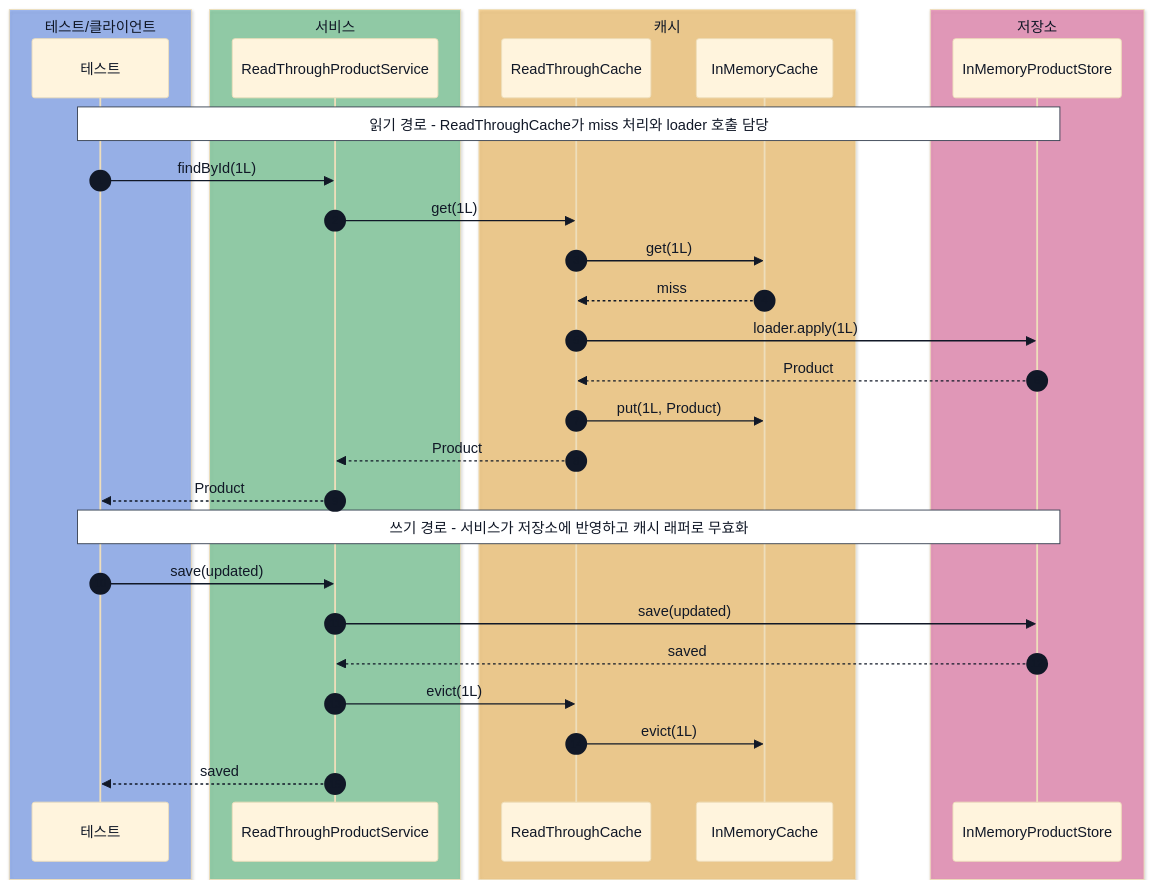
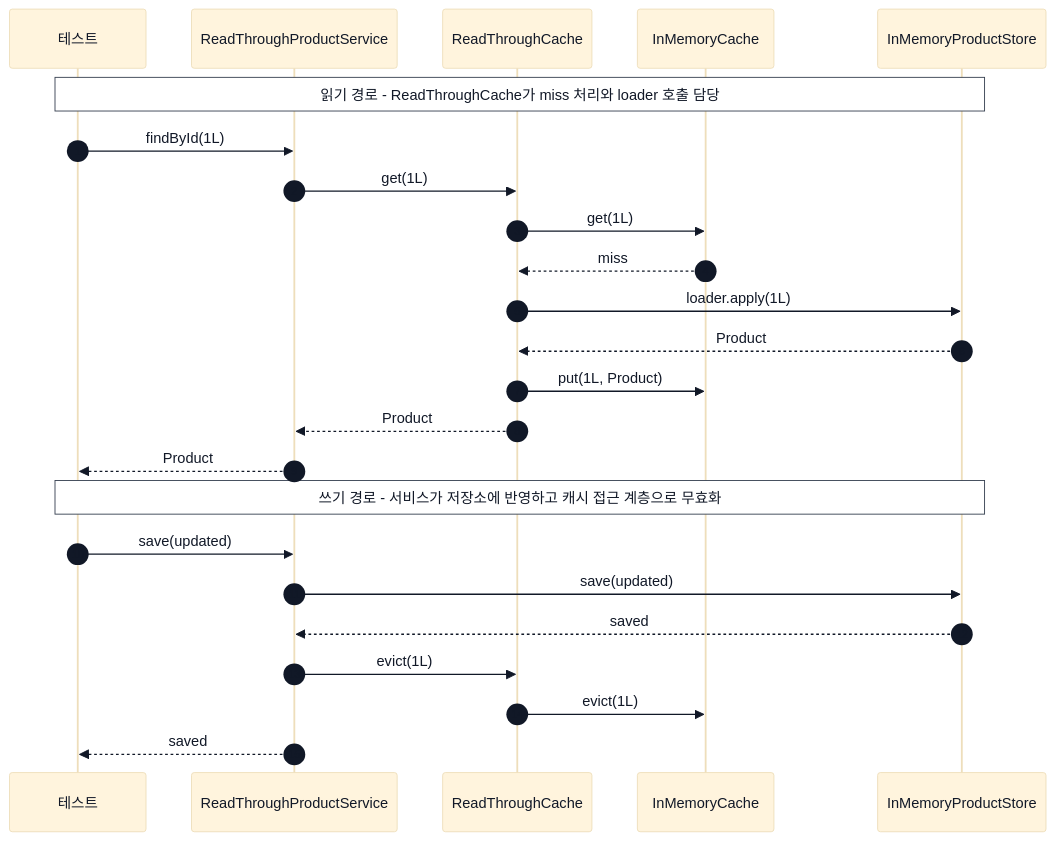
Before and after one commit to HJC96/deep-dive: the third of 10 diagrams in labs/cache-patterns/README.md, drawn with Mermaid. The commit also changed other lines of this file and 15 other files, not shown here.

````diff
--- a/labs/cache-patterns/README.md
+++ b/labs/cache-patterns/README.md
@@ -246,37 +238,29 @@
 ```mermaid
 %%{init: {"theme": "base", "themeVariables": {"primaryTextColor": "#111827", "secondaryTextColor": "#111827", "tertiaryTextColor": "#111827", "actorTextColor": "#111827", "signalTextColor": "#111827", "labelTextColor": "#111827", "noteTextColor": "#111827", "noteBkgColor": "#ffffff", "noteBorderColor": "#374151", "sequenceNumberColor": "#111827"}}}%%
 sequenceDiagram
     autonumber
-    box rgba(37, 99, 235, 0.40) 테스트/클라이언트
     participant Test as 테스트
-    end
-    box rgba(22, 163, 74, 0.40) 서비스
     participant Service as ReadThroughProductService
-    end
-    box rgba(245, 158, 11, 0.40) 캐시
     participant Products as ReadThroughCache
     participant Cache as InMemoryCache
-    end
-    box rgba(219, 39, 119, 0.40) 저장소
     participant Store as InMemoryProductStore
-    end
 
     Note over Test,Store: 읽기 경로 - ReadThroughCache가 miss 처리와 loader 호출 담당
     Test->>Service: findById(1L)
     Service->>Products: get(1L)
     Products->>Cache: get(1L)
     Cache-->>Products: miss
     Products->>Store: loader.apply(1L)
     Store-->>Products: Product
     Products->>Cache: put(1L, Product)
     Products-->>Service: Product
     Service-->>Test: Product
 
-    Note over Test,Store: 쓰기 경로 - 서비스가 저장소에 반영하고 캐시 래퍼로 무효화
+    Note over Test,Store: 쓰기 경로 - 서비스가 저장소에 반영하고 캐시 접근 계층으로 무효화
     Test->>Service: save(updated)
     Service->>Store: save(updated)
     Store-->>Service: saved
     Service->>Products: evict(1L)
     Products->>Cache: evict(1L)
     Service-->>Test: saved
 ```
````
